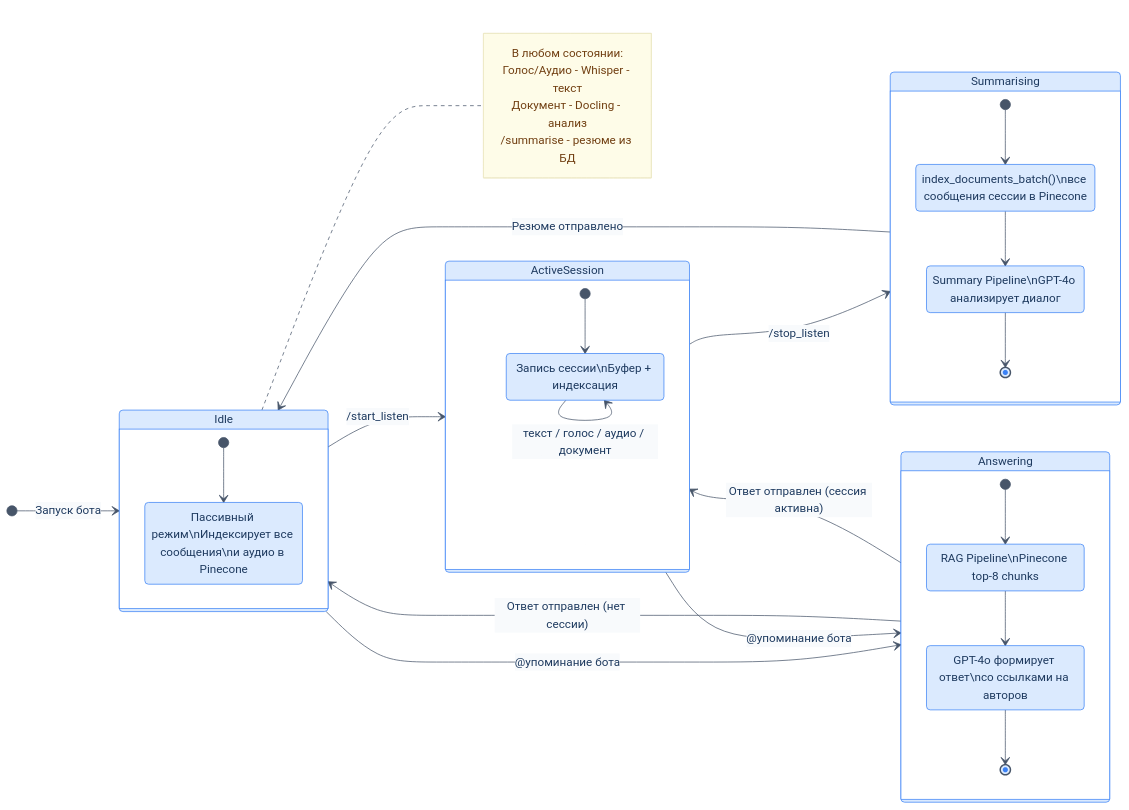
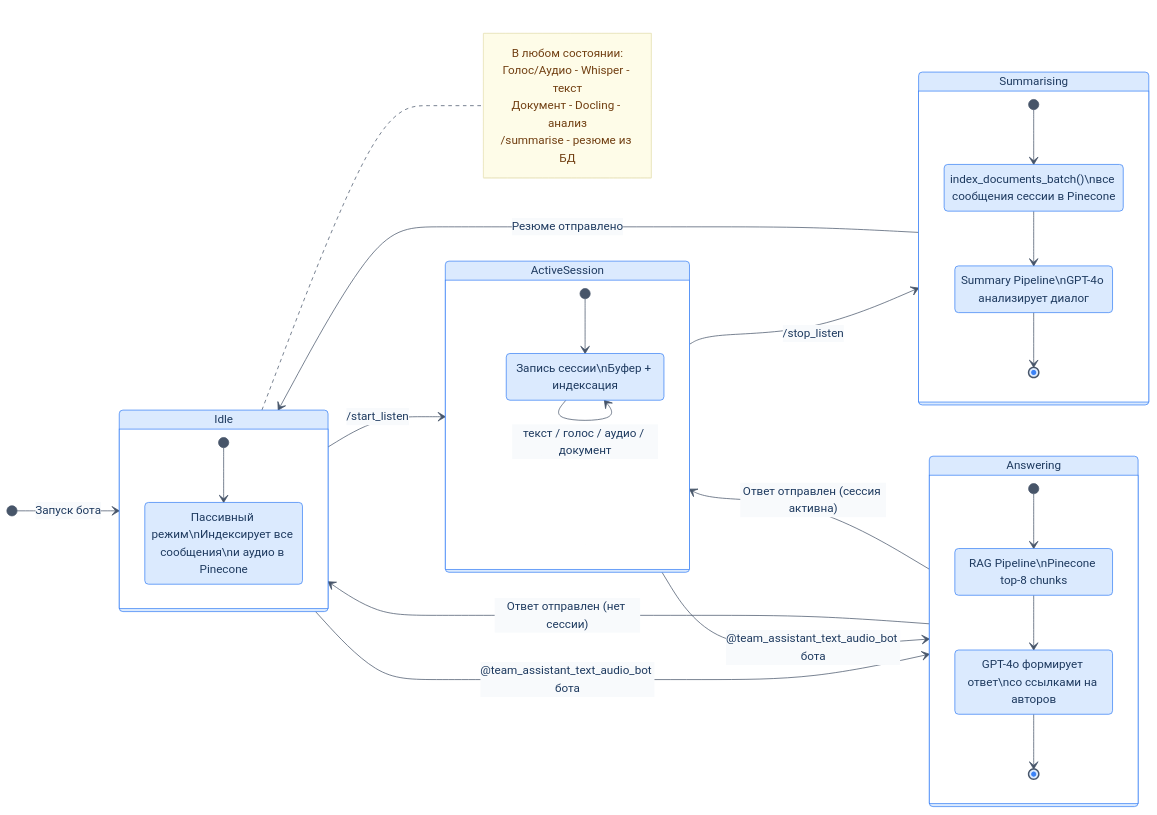
Before and after one commit to MatveiV/Team-Assistant-Telegram-Bot: the seventh of 9 diagrams in README.md, drawn with Mermaid. The commit also changed other lines of this file, not shown here.

Commit message:
Update bot mention format in README.md

````diff
--- a/README.md
+++ b/README.md
@@ -348,50 +348,50 @@
 ```mermaid
 %%{init: {'theme': 'base', 'themeVariables': {'background': '#ffffff', 'primaryColor': '#dbeafe', 'primaryTextColor': '#1e3a5f', 'primaryBorderColor': '#3b82f6', 'lineColor': '#475569', 'edgeLabelBackground': '#f8fafc', 'tertiaryColor': '#f0fdf4', 'noteBkgColor': '#fefce8', 'noteTextColor': '#713f12'}}}%%
 stateDiagram-v2
     direction LR
 
     [*] --> Idle : Запуск бота
 
     state Idle {
         [*] --> PassiveListening
         PassiveListening : Пассивный режим\nИндексирует все сообщения\nи аудио в Pinecone
     }
 
     state ActiveSession {
         [*] --> Recording
         Recording : Запись сессии\nБуфер + индексация
         Recording --> Recording : текст / голос / аудио / документ
     }
 
     state Summarising {
         [*] --> BatchIndexing
         BatchIndexing : index_documents_batch()\nвсе сообщения сессии в Pinecone
         BatchIndexing --> Generating
         Generating : Summary Pipeline\nGPT-4o анализирует диалог
         Generating --> [*]
     }
 
     state Answering {
         [*] --> Retrieving
         Retrieving : RAG Pipeline\nPinecone top-8 chunks
         Retrieving --> GeneratingAnswer
         GeneratingAnswer : GPT-4o формирует ответ\nсо ссылками на авторов
         GeneratingAnswer --> [*]
     }
 
     Idle --> ActiveSession : /start_listen
     ActiveSession --> Summarising : /stop_listen
     Summarising --> Idle : Резюме отправлено
 
-    Idle --> Answering : @упоминание бота
-    ActiveSession --> Answering : @упоминание бота
+    Idle --> Answering : @team_assistant_text_audio_bot бота
+    ActiveSession --> Answering : @team_assistant_text_audio_bot бота
     Answering --> Idle : Ответ отправлен (нет сессии)
     Answering --> ActiveSession : Ответ отправлен (сессия активна)
 
     note right of Idle
         В любом состоянии:
         Голос/Аудио - Whisper - текст
         Документ - Docling - анализ
         /summarise - резюме из БД
     end note
 ```
````
